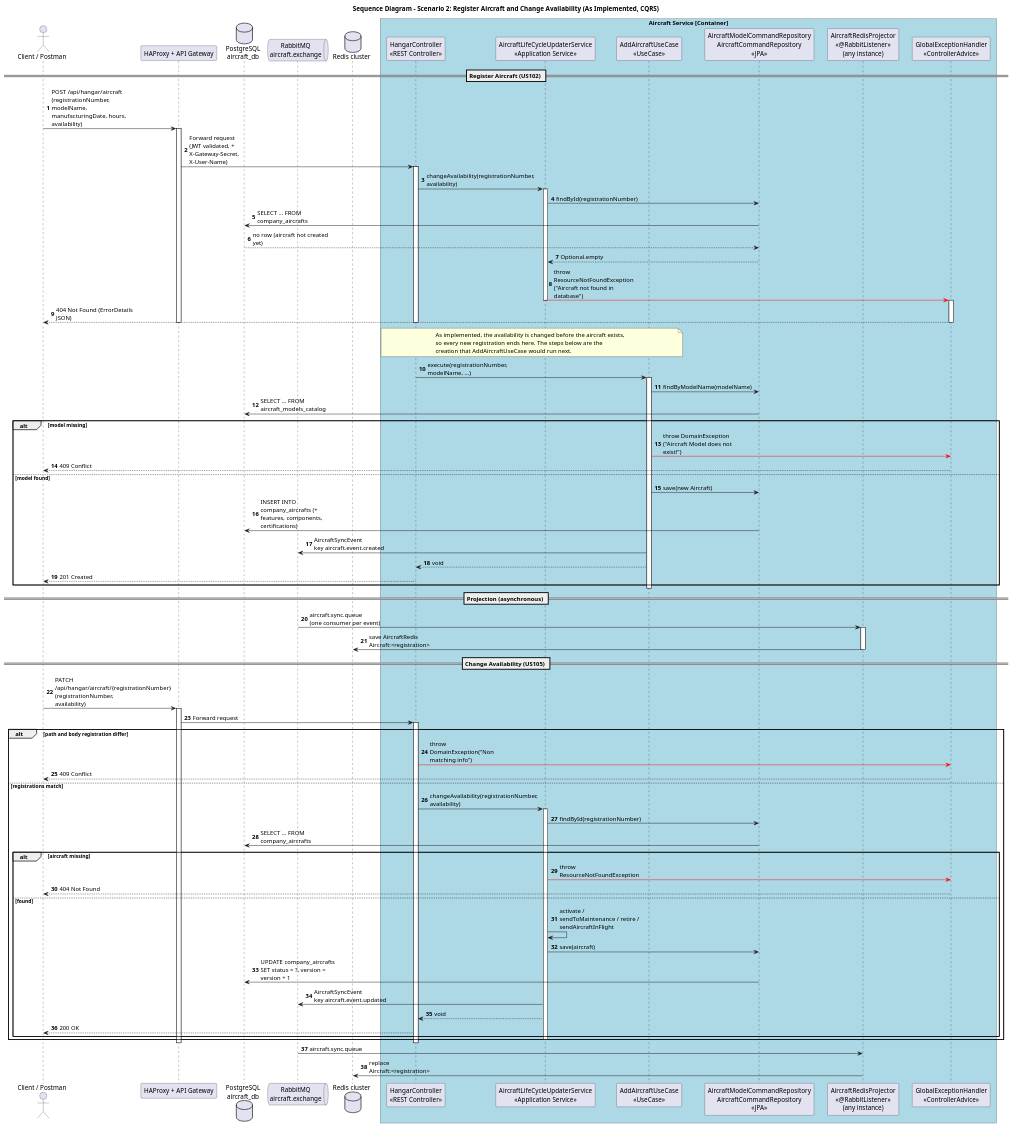
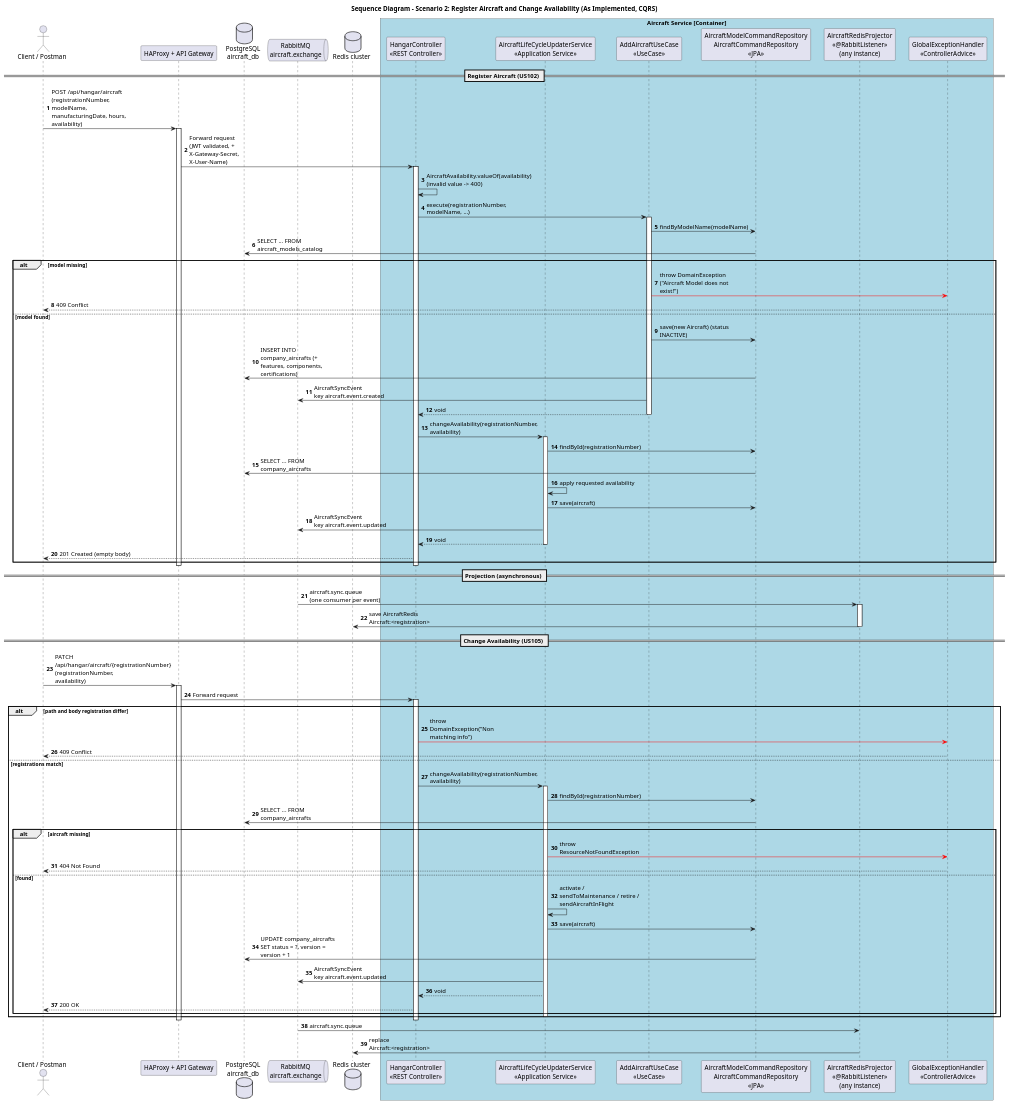
One commit to 8126Lucas/SIDIS_G6_3DA changed the diagram in aircraft-service/docs/sequence-diagrams/scenario-2-register-aircraft.puml. Above: the diagram before and after it, drawn with PlantUML. The commit also changed 38 other files, not shown here.

```diff
--- a/aircraft-service/docs/sequence-diagrams/scenario-2-register-aircraft.puml
+++ b/aircraft-service/docs/sequence-diagrams/scenario-2-register-aircraft.puml
@@ -1,117 +1,111 @@
 @startuml
 skinparam responseMessageBelowArrow true
 skinparam maxMessageSize 180
 skinparam boxPadding 10
 skinparam participantPadding 10
 skinparam shadowing false
 
 title Sequence Diagram - Scenario 2: Register Aircraft and Change Availability (As Implemented, CQRS)
 
 autonumber
 
 actor "Client / Postman" as client
 participant "HAProxy + API Gateway" as gateway
 participant "HangarController\n<<REST Controller>>" as controller
 participant "AircraftLifeCycleUpdaterService\n<<Application Service>>" as lifecycle
 participant "AddAircraftUseCase\n<<UseCase>>" as add_uc
 participant "AircraftModelCommandRepository\nAircraftCommandRepository\n<<JPA>>" as cmd_repo
 database "PostgreSQL\naircraft_db" as pg
 queue "RabbitMQ\naircraft.exchange" as mq
 participant "AircraftRedisProjector\n<<@RabbitListener>>\n(any instance)" as projector
 database "Redis cluster" as redis
 participant "GlobalExceptionHandler\n<<ControllerAdvice>>" as exception_handler
 
 box "Aircraft Service [Container]" #LightBlue
     participant controller
     participant lifecycle
     participant add_uc
     participant cmd_repo
     participant projector
     participant exception_handler
 end box
 
 == Register Aircraft (US102) ==
 
 client -> gateway : POST /api/hangar/aircraft\n(registrationNumber, modelName, manufacturingDate, hours, availability)
 activate gateway
 gateway -> controller : Forward request\n(JWT validated, + X-Gateway-Secret, X-User-Name)
 activate controller
 
-controller -> lifecycle : changeAvailability(registrationNumber, availability)
-activate lifecycle
-lifecycle -> cmd_repo : findById(registrationNumber)
-cmd_repo -> pg : SELECT ... FROM company_aircrafts
-pg --> cmd_repo : no row (aircraft not created yet)
-cmd_repo --> lifecycle : Optional.empty
-lifecycle -[#red]> exception_handler : throw ResourceNotFoundException\n("Aircraft not found in database")
-deactivate lifecycle
-activate exception_handler
-exception_handler --> client : 404 Not Found (ErrorDetails JSON)
-deactivate exception_handler
-deactivate controller
-deactivate gateway
-
-note over controller, add_uc
-  As implemented, the availability is changed before the aircraft exists,
-  so every new registration ends here. The steps below are the
-  creation that AddAircraftUseCase would run next.
-end note
+controller -> controller : AircraftAvailability.valueOf(availability)\n(invalid value -> 400)
 
 controller -> add_uc : execute(registrationNumber, modelName, ...)
 activate add_uc
 add_uc -> cmd_repo : findByModelName(modelName)
 cmd_repo -> pg : SELECT ... FROM aircraft_models_catalog
 alt model missing
     add_uc -[#red]> exception_handler : throw DomainException\n("Aircraft Model does not exist!")
     exception_handler --> client : 409 Conflict
 else model found
-    add_uc -> cmd_repo : save(new Aircraft)
+    add_uc -> cmd_repo : save(new Aircraft) (status INACTIVE)
     cmd_repo -> pg : INSERT INTO company_aircrafts (+ features, components, certifications)
     add_uc -> mq : AircraftSyncEvent\nkey aircraft.event.created
     add_uc --> controller : void
-    controller --> client : 201 Created
+    deactivate add_uc
+
+    controller -> lifecycle : changeAvailability(registrationNumber, availability)
+    activate lifecycle
+    lifecycle -> cmd_repo : findById(registrationNumber)
+    cmd_repo -> pg : SELECT ... FROM company_aircrafts
+    lifecycle -> lifecycle : apply requested availability
+    lifecycle -> cmd_repo : save(aircraft)
+    lifecycle -> mq : AircraftSyncEvent\nkey aircraft.event.updated
+    lifecycle --> controller : void
+    deactivate lifecycle
+    controller --> client : 201 Created (empty body)
 end
-deactivate add_uc
+deactivate controller
+deactivate gateway
 
 == Projection (asynchronous) ==
 
 mq -> projector : aircraft.sync.queue\n(one consumer per event)
 activate projector
 projector -> redis : save AircraftRedis\nAircraft:<registration>
 deactivate projector
 
 == Change Availability (US105) ==
 
 client -> gateway : PATCH /api/hangar/aircraft/{registrationNumber}\n(registrationNumber, availability)
 activate gateway
 gateway -> controller : Forward request
 activate controller
 
 alt path and body registration differ
     controller -[#red]> exception_handler : throw DomainException("Non matching info")
     exception_handler --> client : 409 Conflict
 else registrations match
     controller -> lifecycle : changeAvailability(registrationNumber, availability)
     activate lifecycle
     lifecycle -> cmd_repo : findById(registrationNumber)
     cmd_repo -> pg : SELECT ... FROM company_aircrafts
     alt aircraft missing
         lifecycle -[#red]> exception_handler : throw ResourceNotFoundException
         exception_handler --> client : 404 Not Found
     else found
         lifecycle -> lifecycle : activate / sendToMaintenance / retire / sendAircraftInFlight
         lifecycle -> cmd_repo : save(aircraft)
         cmd_repo -> pg : UPDATE company_aircrafts SET status = ?, version = version + 1
         lifecycle -> mq : AircraftSyncEvent\nkey aircraft.event.updated
         lifecycle --> controller : void
         controller --> client : 200 OK
     end
     deactivate lifecycle
 end
 deactivate controller
 deactivate gateway
 
 mq -> projector : aircraft.sync.queue
 projector -> redis : replace Aircraft:<registration>
 
 @enduml
```
